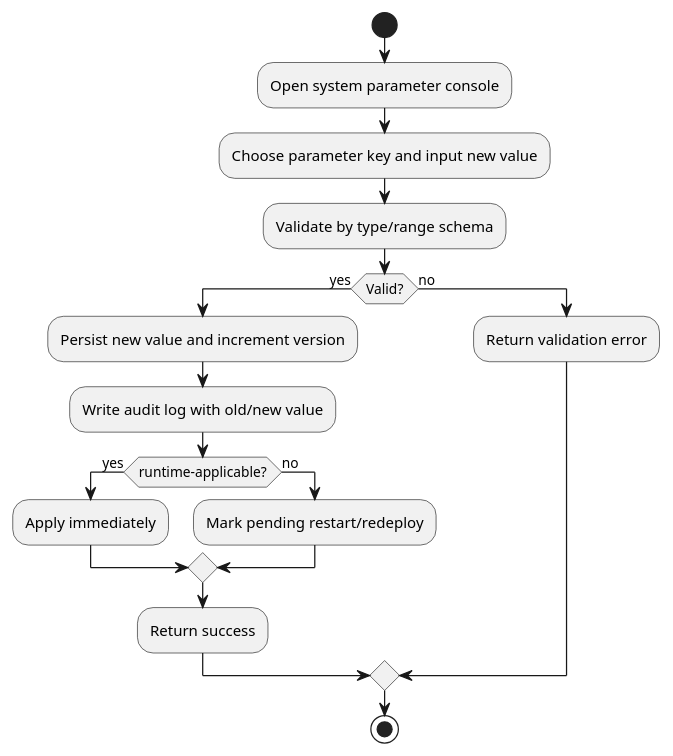
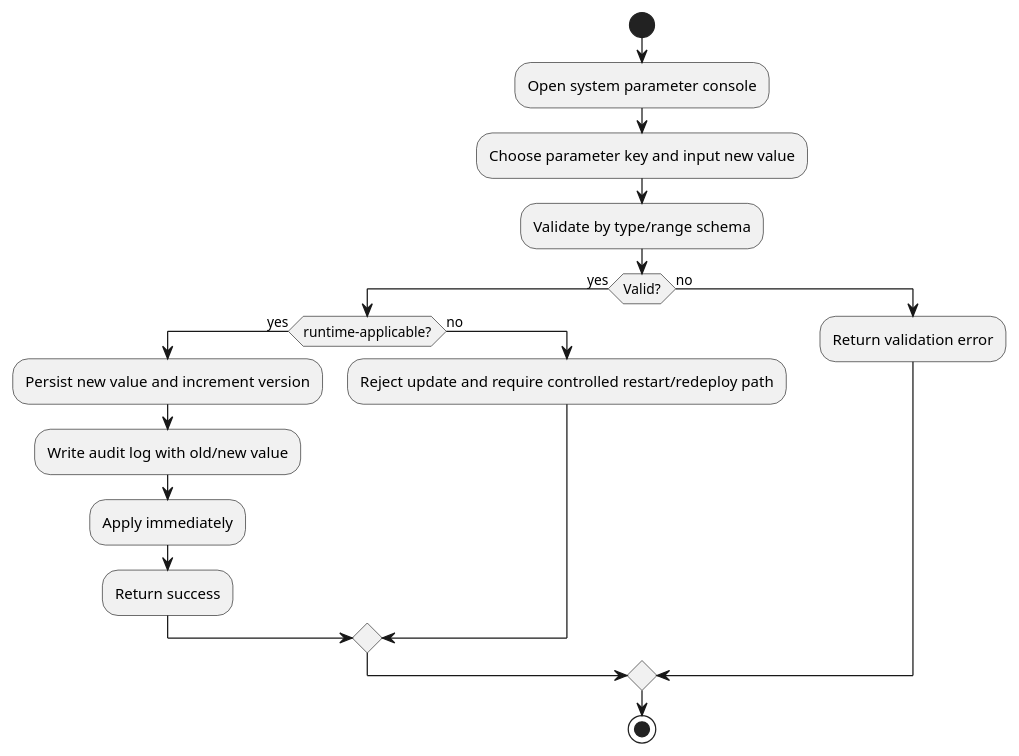
Diagram 21 of 22 in docs/FOODYA_SRS.md (dieuxuanhien/foodya), drawn with PlantUML before and after one commit. The commit also changed other lines of this file and 1 other file, not shown here.

````diff
--- a/docs/FOODYA_SRS.md
+++ b/docs/FOODYA_SRS.md
@@ -969,21 +969,21 @@
 ```plantuml
 @startuml
 start
 :Open system parameter console;
 :Choose parameter key and input new value;
 :Validate by type/range schema;
 if (Valid?) then (yes)
-  :Persist new value and increment version;
-  :Write audit log with old/new value;
   if (runtime-applicable?) then (yes)
+    :Persist new value and increment version;
+    :Write audit log with old/new value;
     :Apply immediately;
+    :Return success;
   else (no)
-    :Mark pending restart/redeploy;
+    :Reject update and require controlled restart/redeploy path;
   endif
-  :Return success;
 else (no)
   :Return validation error;
 endif
 stop
 @enduml
 ```
````
